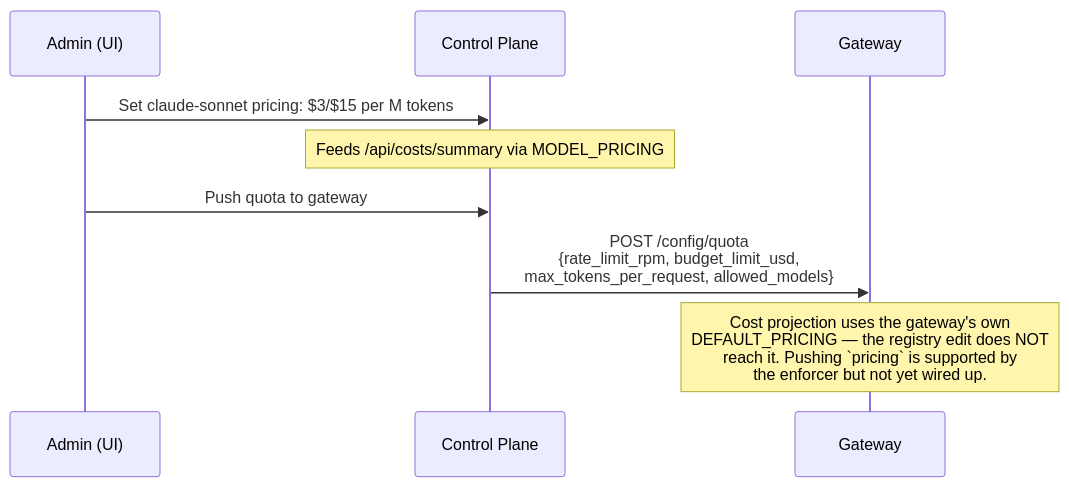
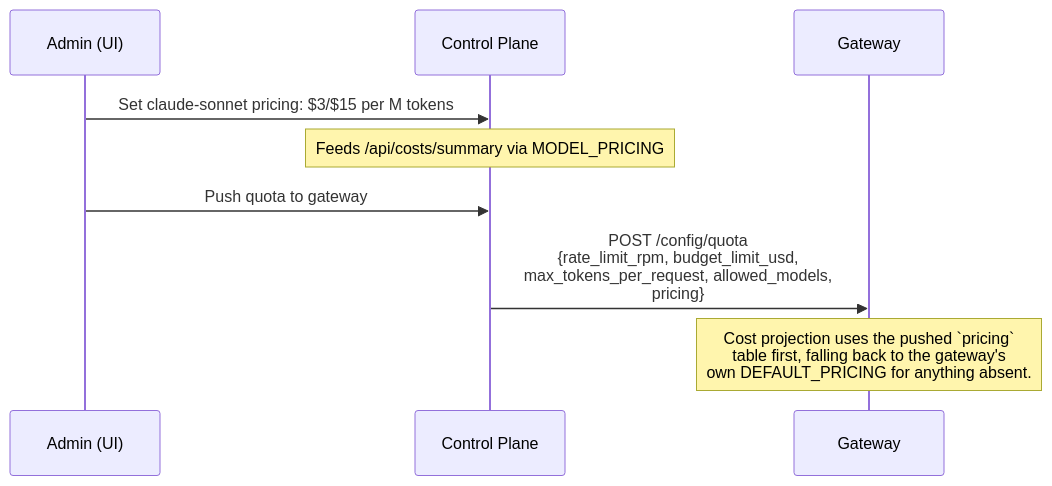
Before and after one commit to hk-775/ostiari: the eighth of 13 diagrams in control-plane/docs/getting-started.md, drawn with Mermaid. The commit also changed other lines of this file and 23 other files, not shown here.

````diff
--- a/control-plane/docs/getting-started.md
+++ b/control-plane/docs/getting-started.md
@@ -1380,12 +1388,12 @@
 ```mermaid
 sequenceDiagram
     participant Admin as Admin (UI)
     participant CP as Control Plane
     participant SC as Gateway
 
     Admin->>CP: Set claude-sonnet pricing: $3/$15 per M tokens
     Note over CP: Feeds /api/costs/summary via MODEL_PRICING
     Admin->>CP: Push quota to gateway
-    CP->>SC: POST /config/quota<br/>{rate_limit_rpm, budget_limit_usd,<br/>max_tokens_per_request, allowed_models}
-    Note over SC: Cost projection uses the gateway's own<br/>DEFAULT_PRICING — the registry edit does NOT<br/>reach it. Pushing `pricing` is supported by<br/>the enforcer but not yet wired up.
+    CP->>SC: POST /config/quota<br/>{rate_limit_rpm, budget_limit_usd,<br/>max_tokens_per_request, allowed_models,<br/>pricing}
+    Note over SC: Cost projection uses the pushed `pricing`<br/>table first, falling back to the gateway's<br/>own DEFAULT_PRICING for anything absent.
 ```
````
